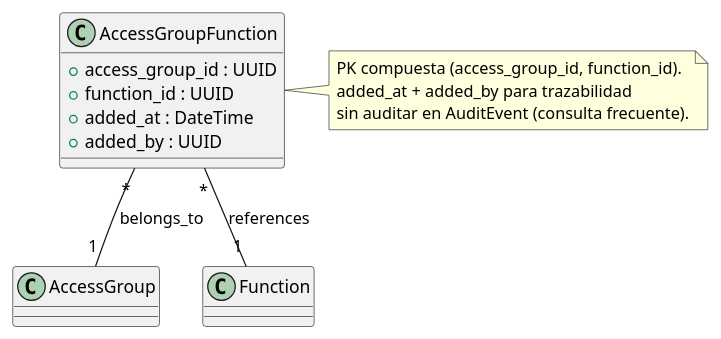
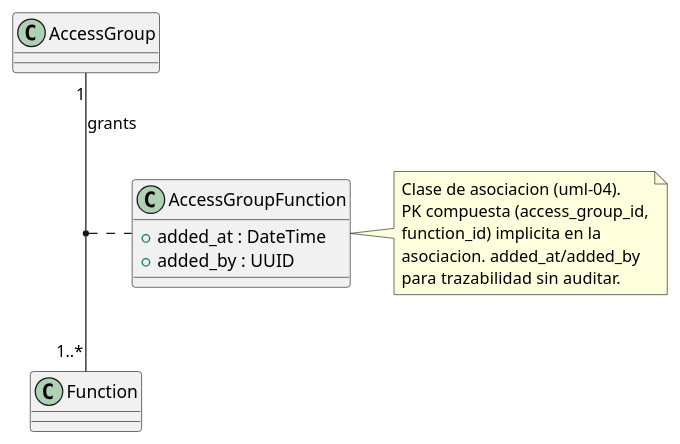
Before and after one commit to jcg-admin/IACT-docs: the diagram in source/arquitectura-tecnica/domain-model/access-group-function.rst, drawn with PlantUML. The commit also changed 53 other files, not shown here.

First line of the commit message:
Apply UML rigor pass batch 1: RBAC core + Reports generalization

```diff
--- a/source/arquitectura-tecnica/domain-model/access-group-function.rst
+++ b/source/arquitectura-tecnica/domain-model/access-group-function.rst
@@ -31,26 +31,25 @@
 .. uml::
- :caption: Clase AccessGroupFunction — tabla pivote M:N
-           entre AccessGroup y Function.
+ :caption: AccessGroupFunction como **clase de
+           asociación** entre AccessGroup y Function.
 
  @startuml
 
+ class AccessGroup
+ class Function
  class AccessGroupFunction {
-   + access_group_id : UUID
-   + function_id : UUID
    + added_at : DateTime
    + added_by : UUID
  }
 
- class AccessGroup
- class Function
-
- AccessGroupFunction "*" -- "1" AccessGroup : belongs_to
- AccessGroupFunction "*" -- "1" Function : references
+ AccessGroup "1" -- "1..*" Function : grants
+ (AccessGroup, Function) .. AccessGroupFunction
 
  note right of AccessGroupFunction
-   PK compuesta (access_group_id, function_id).
-   added_at + added_by para trazabilidad
-   sin auditar en AuditEvent (consulta frecuente).
+   Clase de asociacion (uml-04).
+   PK compuesta (access_group_id,
+   function_id) implicita en la
+   asociacion. added_at/added_by
+   para trazabilidad sin auditar.
  end note
 
  @enduml
```
